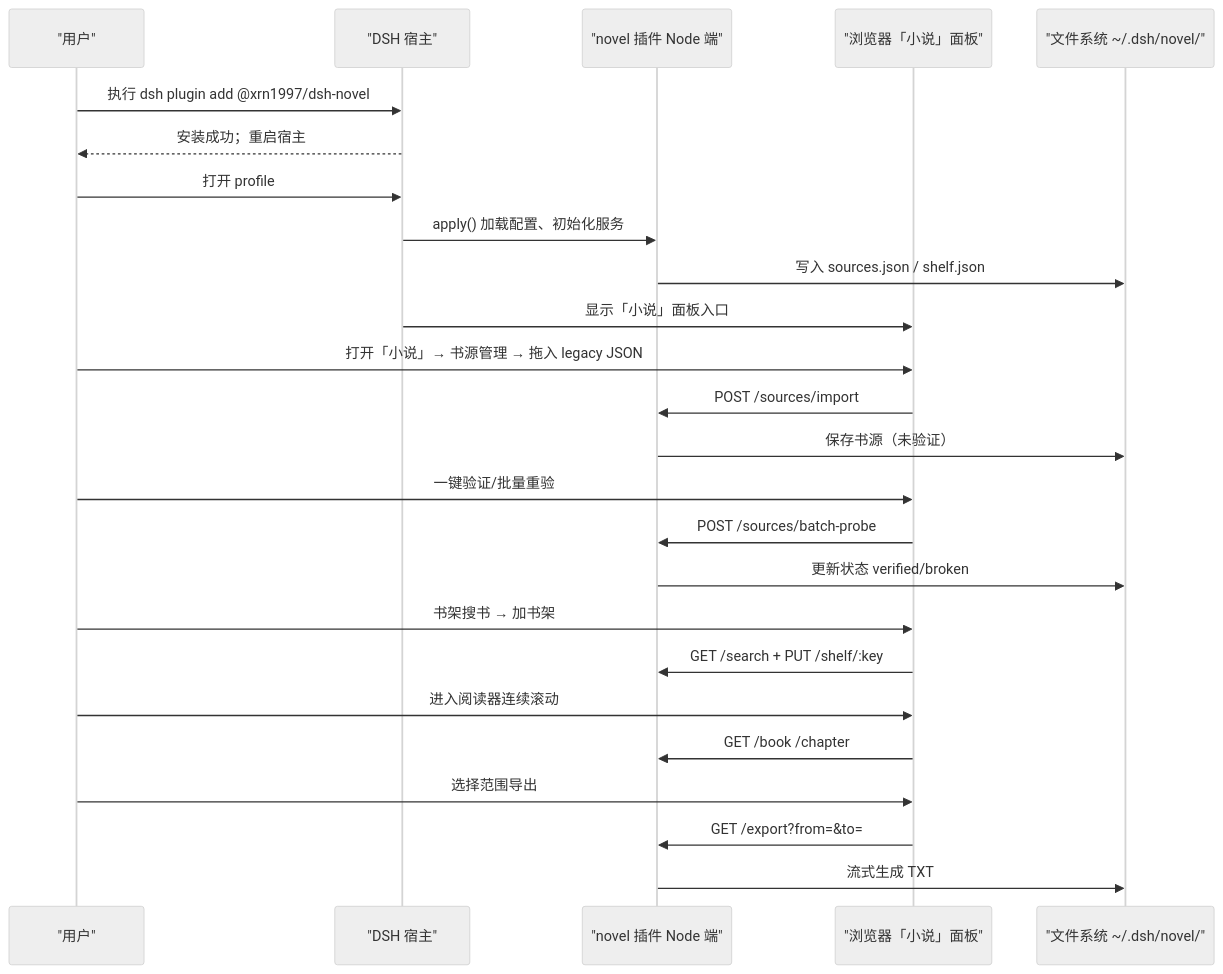
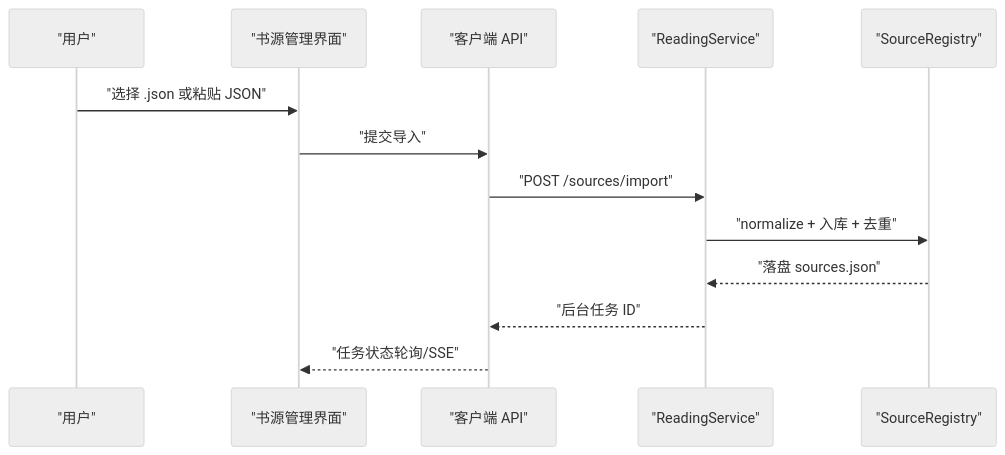
Before and after one commit to xrn1997/dsh-novel: the third of 9 diagrams in .qoder/repowiki/zh/content/快速开始.md, drawn with Mermaid (neutral theme). The commit also changed other lines of this file and 73 other files, not shown here.

````diff
--- a/.qoder/repowiki/zh/content/快速开始.md
+++ b/.qoder/repowiki/zh/content/快速开始.md
@@ -64,28 +172,16 @@
 ```mermaid
 sequenceDiagram
-  participant User as "用户"
-  participant DSH as "DSH 宿主"
-  participant Plugin as "novel 插件 Node 端"
-  participant UI as "浏览器「小说」面板"
-  participant FS as "文件系统 ~/.dsh/novel/"
+    participant U as "用户"
+    participant UI as "书源管理界面"
+    participant Client as "客户端 API"
+    participant Service as "ReadingService"
+    participant Registry as "SourceRegistry"
 
-  User->>DSH: 执行 dsh plugin add @xrn1997/dsh-novel
-  DSH-->>User: 安装成功；重启宿主
-  User->>DSH: 打开 profile
-  DSH->>Plugin: apply() 加载配置、初始化服务
-  Plugin->>FS: 写入 sources.json / shelf.json
-  DSH->>UI: 显示「小说」面板入口
-  User->>UI: 打开「小说」→ 书源管理 → 拖入 legacy JSON
-  UI->>Plugin: POST /sources/import
-  Plugin->>FS: 保存书源（未验证）
-  User->>UI: 一键验证/批量重验
-  UI->>Plugin: POST /sources/batch-probe
-  Plugin->>FS: 更新状态 verified/broken
-  User->>UI: 书架搜书 → 加书架
-  UI->>Plugin: GET /search + PUT /shelf/:key
-  User->>UI: 进入阅读器连续滚动
-  UI->>Plugin: GET /book /chapter
-  User->>UI: 选择范围导出
-  UI->>Plugin: GET /export?from=&to=
-  Plugin->>FS: 流式生成 TXT
+    U->>UI: "选择 .json 或粘贴 JSON"
+    UI->>Client: "提交导入"
+    Client->>Service: "POST /sources/import"
+    Service->>Registry: "normalize + 入库 + 去重"
+    Registry-->>Service: "落盘 sources.json"
+    Service-->>Client: "后台任务 ID"
+    Client-->>UI: "任务状态轮询/SSE"
 ```
````
